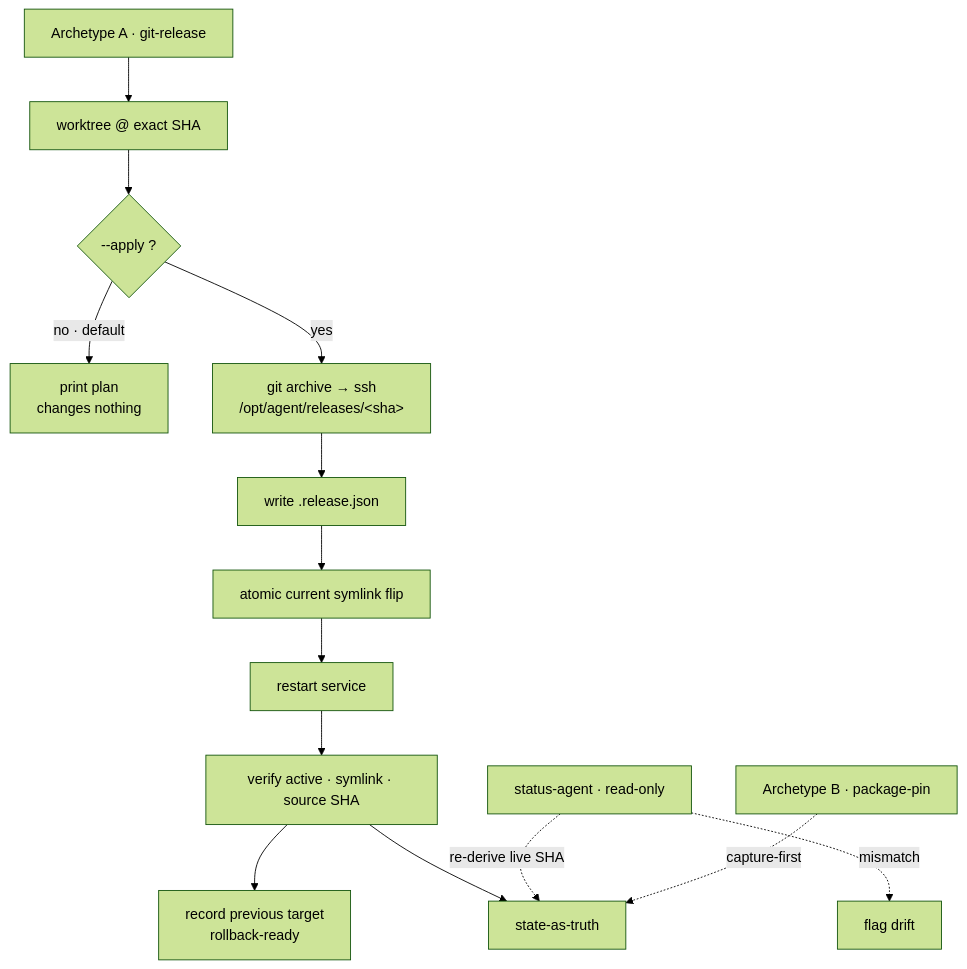
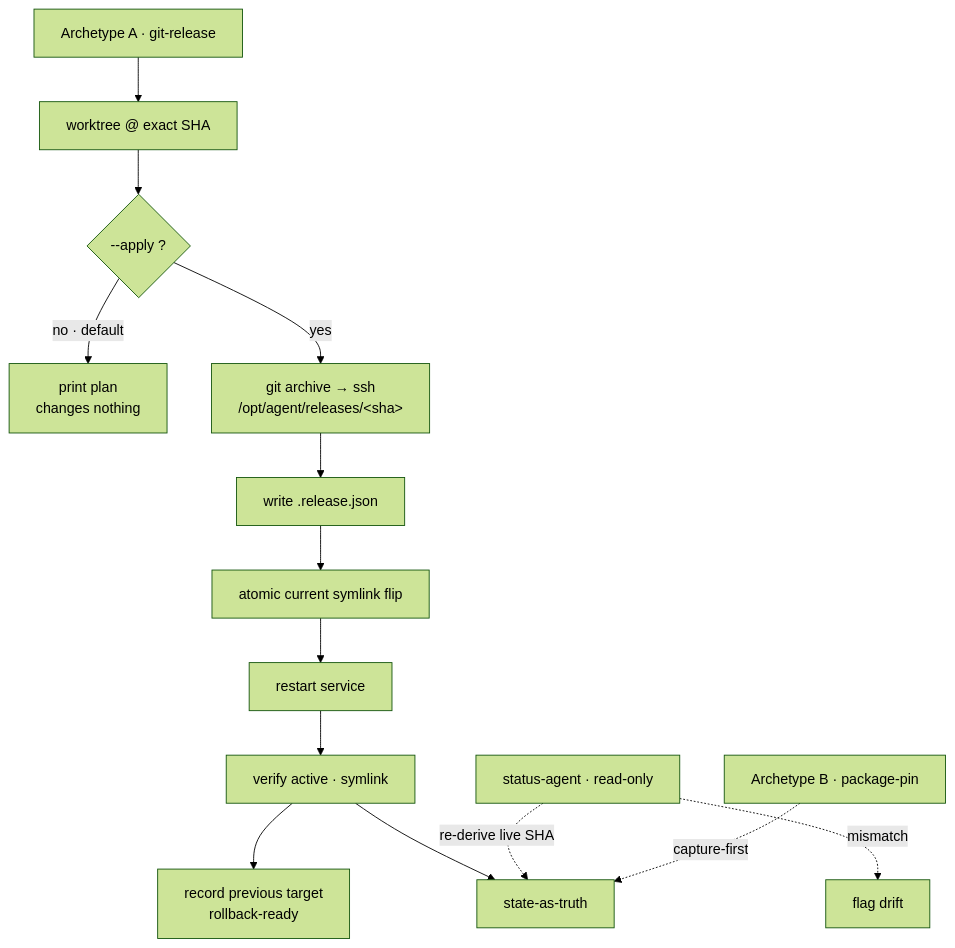
The diagram in docs/architecture/02-promotion-control-plane.md (sambegui/agent-vm), drawn with Mermaid (forest theme) before and after one commit. The commit also changed other lines of this file and 22 other files, not shown here.

````diff
--- a/docs/architecture/02-promotion-control-plane.md
+++ b/docs/architecture/02-promotion-control-plane.md
@@ -7,16 +7,16 @@
 ```mermaid
 flowchart TB
     A["Archetype A · git-release"] --> WT["worktree @ exact SHA"]
     WT --> GATE{"--apply ?"}
     GATE -->|"no · default"| DRY["print plan<br/>changes nothing"]
     GATE -->|yes| SHIP["git archive → ssh<br/>/opt/agent/releases/&lt;sha&gt;"]
     SHIP --> PROV["write .release.json"]
     PROV --> FLIP["atomic current symlink flip"]
     FLIP --> RST["restart service"]
-    RST --> VER["verify active · symlink · source SHA"]
+    RST --> VER["verify active · symlink"]
     VER --> PREV["record previous target<br/>rollback-ready"]
     VER --> TRU["state-as-truth"]
     STAT["status-agent · read-only"] -.->|"re-derive live SHA"| TRU
     STAT -.->|"mismatch"| DRIFT["flag drift"]
     B["Archetype B · package-pin"] -.->|"capture-first"| TRU
 ```
````
